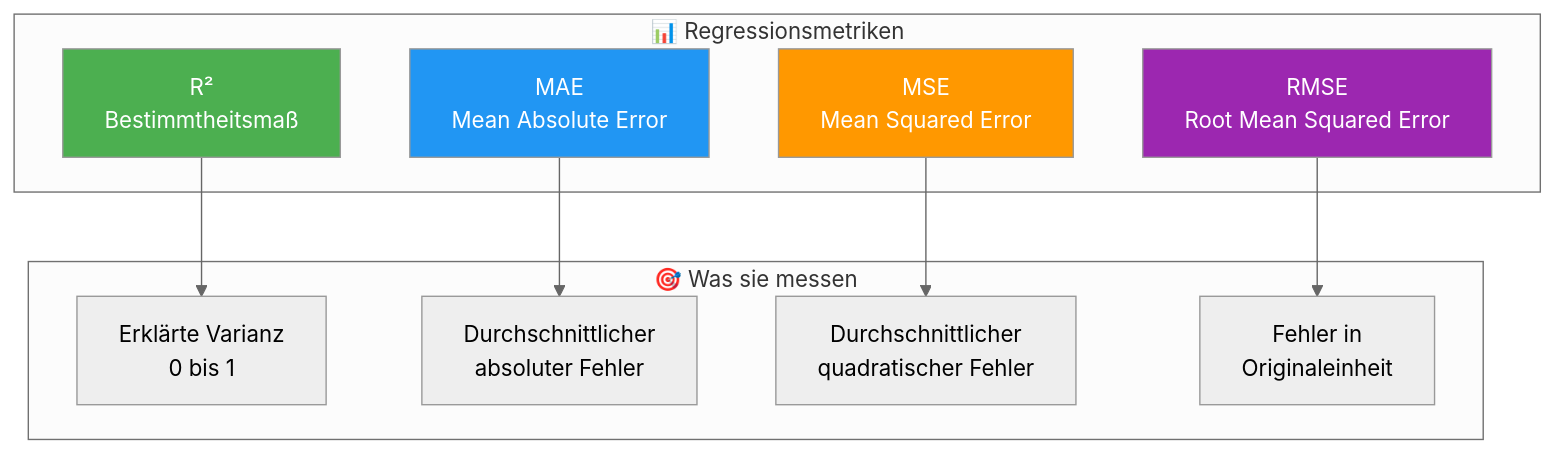
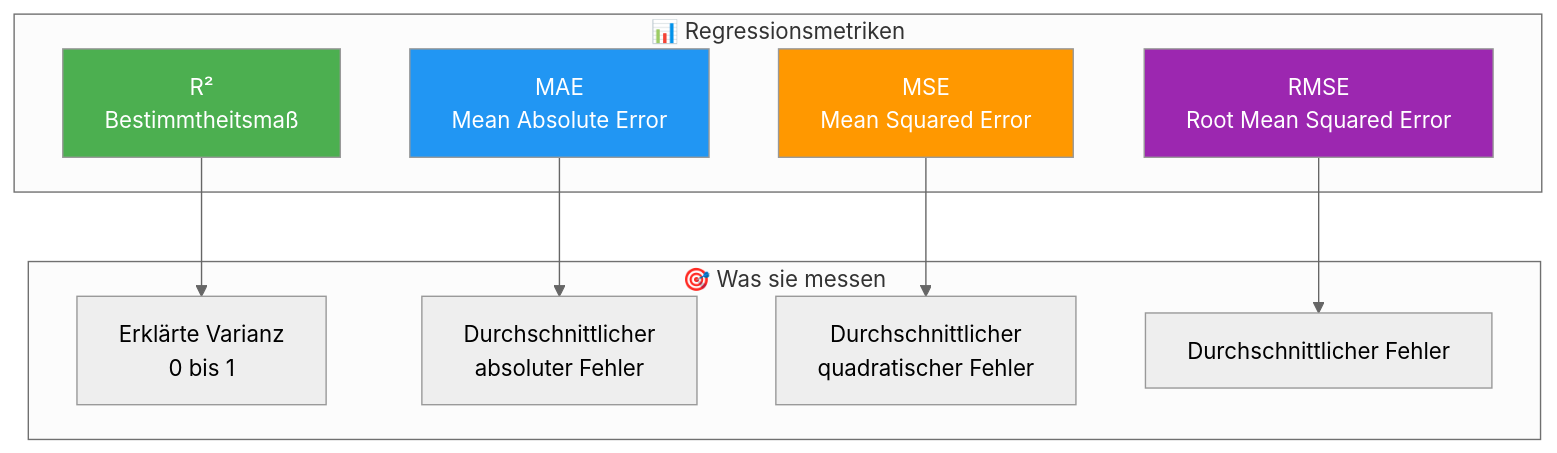
The first of 7 diagrams in docs/concepts/evaluate/bewertung_regression.md (ralf-42/ML_Intro), drawn with Mermaid (neutral theme) before and after one commit. The commit also changed other lines of this file and 12 other files, not shown here.

````diff
--- a/docs/concepts/evaluate/bewertung_regression.md
+++ b/docs/concepts/evaluate/bewertung_regression.md
@@ -30,26 +30,26 @@
 ```mermaid
 flowchart TD
     subgraph Metriken["📊 Regressionsmetriken"]
         R2["R²<br/>Bestimmtheitsmaß"]
         MAE["MAE<br/>Mean Absolute Error"]
         MSE["MSE<br/>Mean Squared Error"]
         RMSE["RMSE<br/>Root Mean Squared Error"]
     end
     
     subgraph Interpretation["🎯 Was sie messen"]
         R2_INT["Erklärte Varianz<br/>0 bis 1"]
         MAE_INT["Durchschnittlicher<br/>absoluter Fehler"]
         MSE_INT["Durchschnittlicher<br/>quadratischer Fehler"]
-        RMSE_INT["Fehler in<br/>Originaleinheit"]
+        RMSE_INT["Durchschnittlicher Fehler"]
     end
     
     R2 --> R2_INT
     MAE --> MAE_INT
     MSE --> MSE_INT
     RMSE --> RMSE_INT
     
     style R2 fill:#4CAF50,color:#fff
     style MAE fill:#2196F3,color:#fff
     style MSE fill:#FF9800,color:#fff
     style RMSE fill:#9C27B0,color:#fff
 ```
````
